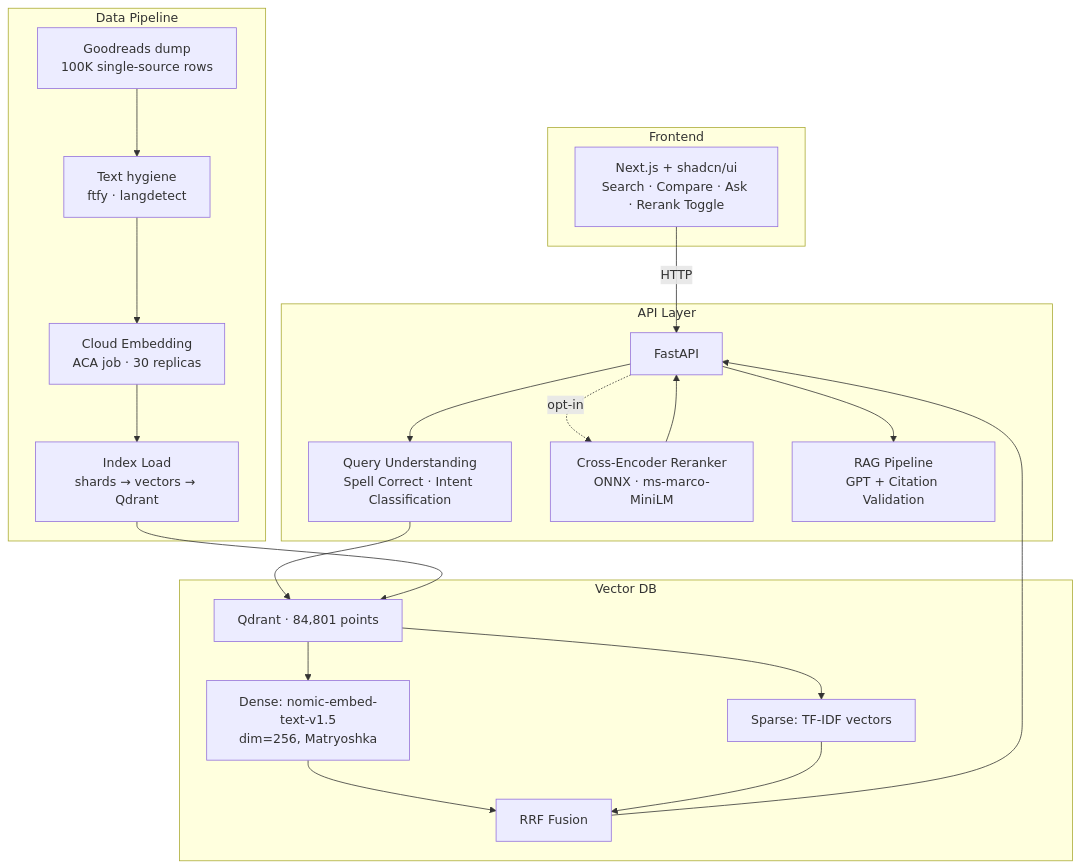
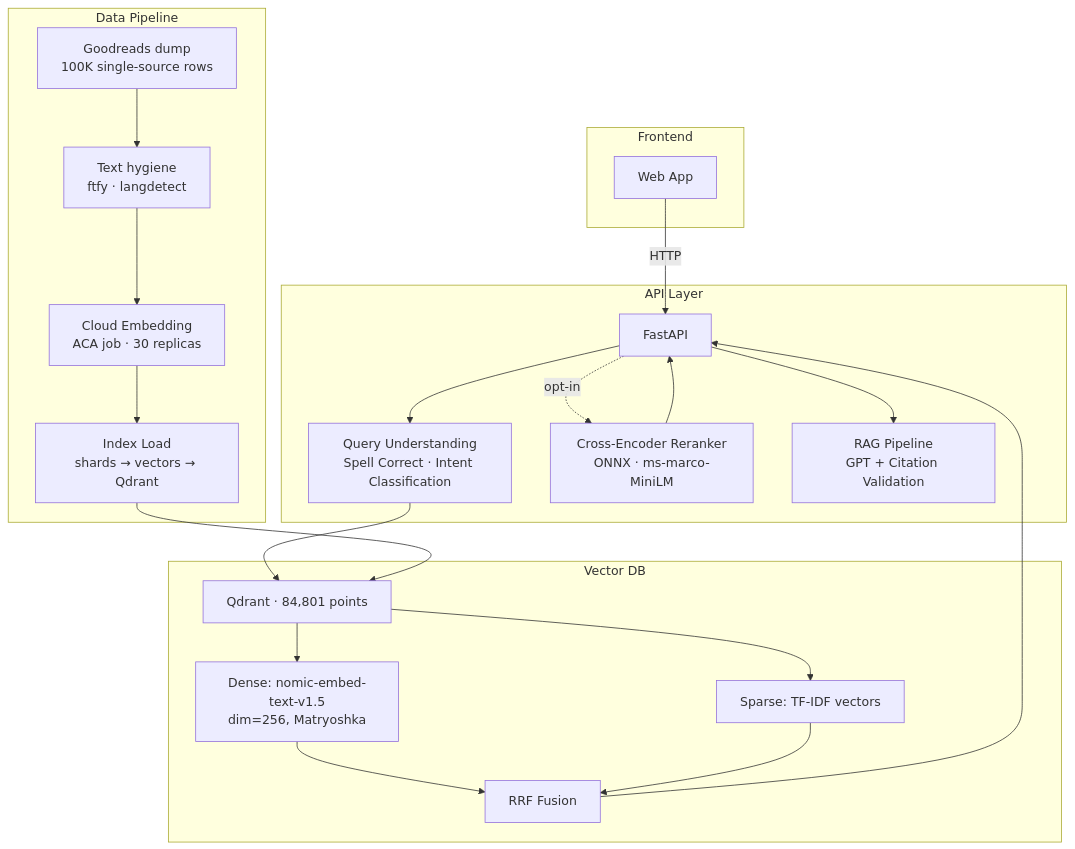
One commit to TruaShamu/ai-search changed the first of 4 diagrams in README.md. Above: the diagram before and after it, drawn with Mermaid. The commit also changed other lines of this file and 9 other files, not shown here.

First line of the commit message:
chore: simplify diagram, fix env key fallback, gut scaffolding

````diff
--- a/README.md
+++ b/README.md
@@ -13,36 +13,36 @@
 ```mermaid
 graph TD
     subgraph Frontend
-        UI[Next.js + shadcn/ui<br/>Search · Compare · Ask · Rerank Toggle]
+        UI[Web App]
     end
 
     subgraph API Layer
         FP[FastAPI]
         QU[Query Understanding<br/>Spell Correct · Intent Classification]
         RR[Cross-Encoder Reranker<br/>ONNX · ms-marco-MiniLM]
         RAG[RAG Pipeline<br/>GPT + Citation Validation]
     end
 
     subgraph Vector DB
         QD[Qdrant · 84,801 points]
         DV[Dense: nomic-embed-text-v1.5<br/>dim=256, Matryoshka]
         SV[Sparse: TF-IDF vectors]
         RRF[RRF Fusion]
     end
 
     subgraph Data Pipeline
         GR[Goodreads dump<br/>100K single-source rows]
         HY[Text hygiene<br/>ftfy · langdetect]
         EMB[Cloud Embedding<br/>ACA job · 30 replicas]
         MIG[Index Load<br/>shards → vectors → Qdrant]
     end
 
     UI -->|HTTP| FP
     FP --> QU --> QD
     QD --> DV & SV
     DV & SV --> RRF --> FP
     FP -.->|opt-in| RR --> FP
     FP --> RAG
 
     GR --> HY --> EMB --> MIG --> QD
 ```
````
